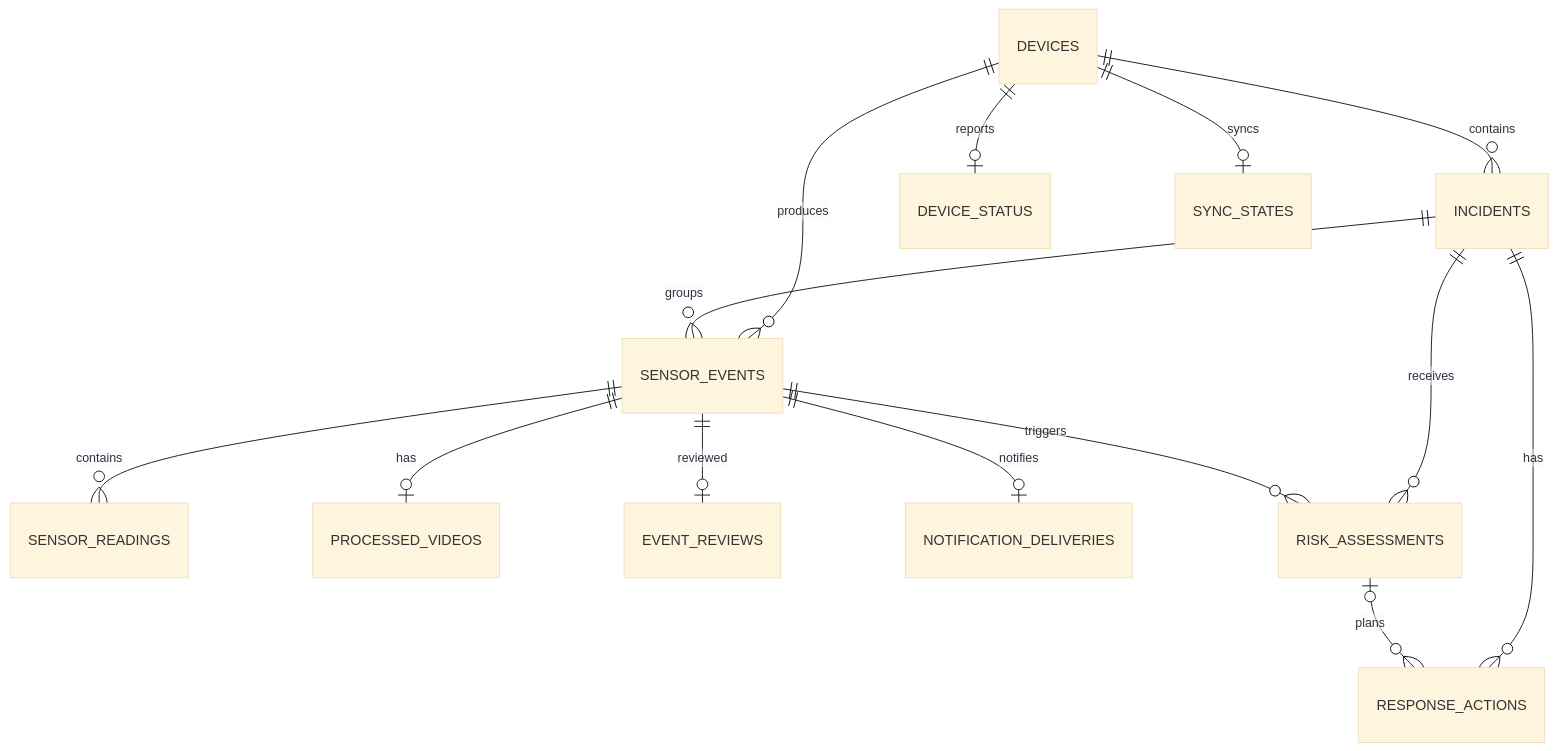
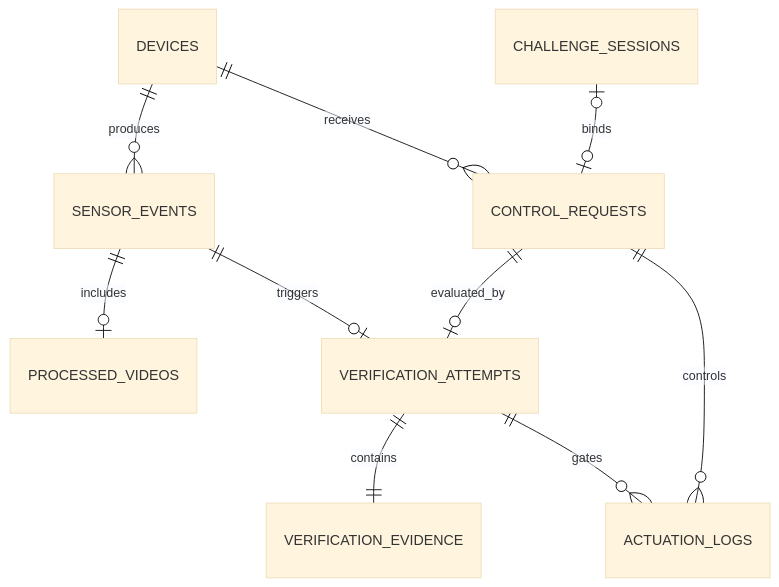
One commit to Uree1229/Risk-ZERO changed the diagram in docs/database-design.md. Above: the diagram before and after it, drawn with Mermaid (base theme). The commit also changed other lines of this file and 75 other files, not shown here.

````diff
--- a/docs/database-design.md
+++ b/docs/database-design.md
@@ -34,18 +30,12 @@
 ```mermaid
 erDiagram
-    DEVICES ||--o{ INCIDENTS : contains
     DEVICES ||--o{ SENSOR_EVENTS : produces
-    DEVICES ||--o| DEVICE_STATUS : reports
-    DEVICES ||--o| SYNC_STATES : syncs
-
-    INCIDENTS ||--o{ SENSOR_EVENTS : groups
-    SENSOR_EVENTS ||--o{ SENSOR_READINGS : contains
-    SENSOR_EVENTS ||--o| PROCESSED_VIDEOS : has
-    SENSOR_EVENTS ||--o| EVENT_REVIEWS : reviewed
-    SENSOR_EVENTS ||--o| NOTIFICATION_DELIVERIES : notifies
-
-    INCIDENTS ||--o{ RISK_ASSESSMENTS : receives
-    SENSOR_EVENTS ||--o{ RISK_ASSESSMENTS : triggers
-    INCIDENTS ||--o{ RESPONSE_ACTIONS : has
-    RISK_ASSESSMENTS o|--o{ RESPONSE_ACTIONS : plans
+    DEVICES ||--o{ CONTROL_REQUESTS : receives
+    CHALLENGE_SESSIONS o|--o| CONTROL_REQUESTS : binds
+    SENSOR_EVENTS ||--o| PROCESSED_VIDEOS : includes
+    SENSOR_EVENTS ||--o| VERIFICATION_ATTEMPTS : triggers
+    CONTROL_REQUESTS ||--o| VERIFICATION_ATTEMPTS : evaluated_by
+    VERIFICATION_ATTEMPTS ||--|| VERIFICATION_EVIDENCE : contains
+    VERIFICATION_ATTEMPTS ||--o{ ACTUATION_LOGS : gates
+    CONTROL_REQUESTS ||--o{ ACTUATION_LOGS : controls
 ```
````
